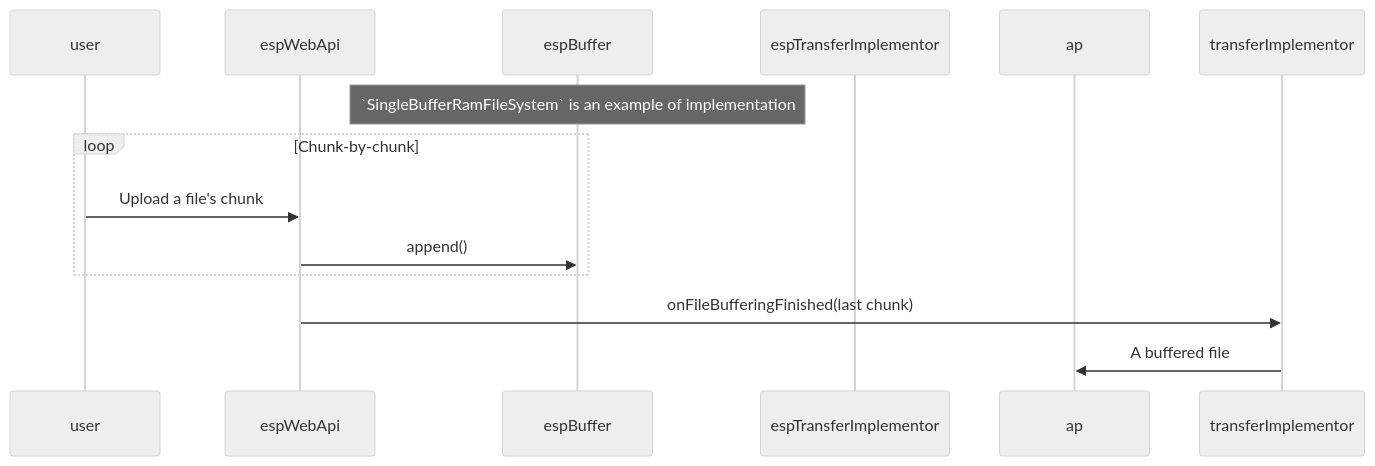
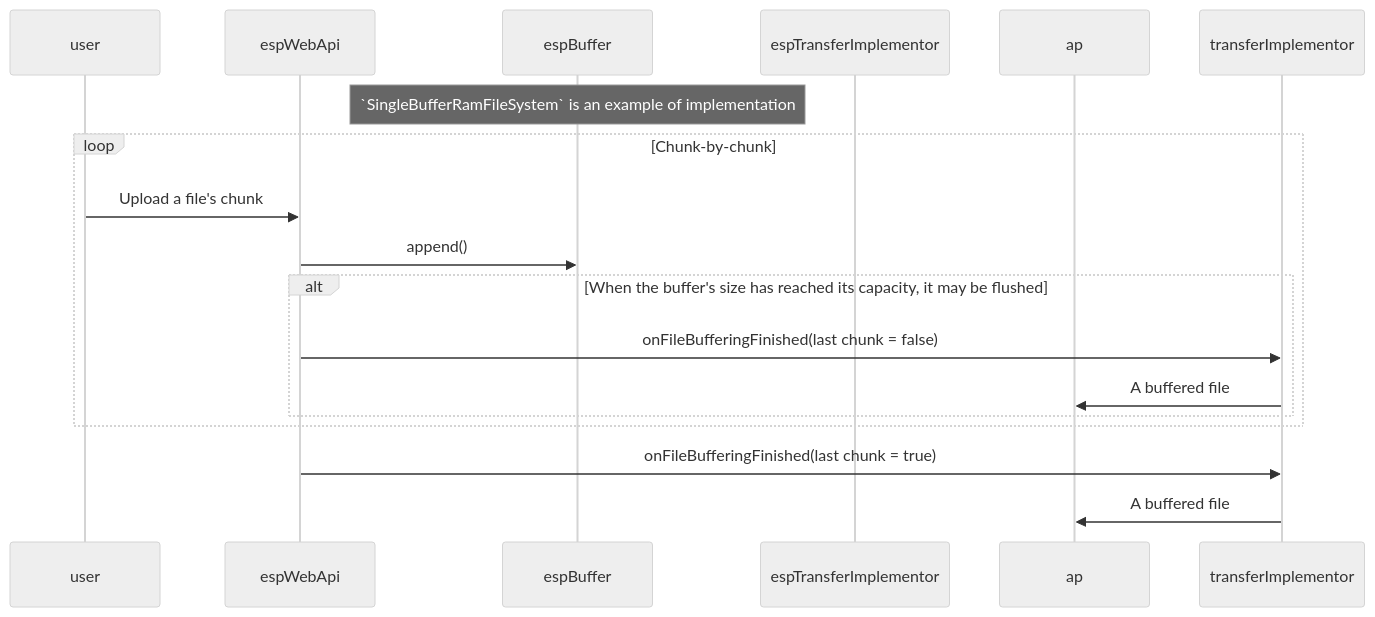
One commit to geoscan/Esp32Cam changed the diagram in components/buffered_file_transfer/README.md. Above: the diagram before and after it, drawn with Mermaid (neutral theme).

Commit message:
[buffered_file_transfer:README] Ref |

````diff
--- a/components/buffered_file_transfer/README.md
+++ b/components/buffered_file_transfer/README.md
@@ -31,18 +31,23 @@
 ```mermaid
 sequenceDiagram
     participant user
     participant espWebApi
     participant espBuffer
     participant espTransferImplementor
     participant ap
 
     note over espBuffer: `SingleBufferRamFileSystem` is an example of implementation
 
     loop Chunk-by-chunk
         user->>espWebApi: Upload a file's chunk
         espWebApi->>espBuffer: append()
+
+	alt When the buffer's size has reached its capacity, it may be flushed
+		    espWebApi->>transferImplementor: onFileBufferingFinished(last chunk = false)
+		    transferImplementor->>ap: A buffered file
+	end
     end
 
-    espWebApi->>transferImplementor: onFileBufferingFinished(last chunk)
+    espWebApi->>transferImplementor: onFileBufferingFinished(last chunk = true)
     transferImplementor->>ap: A buffered file
 ```
````
